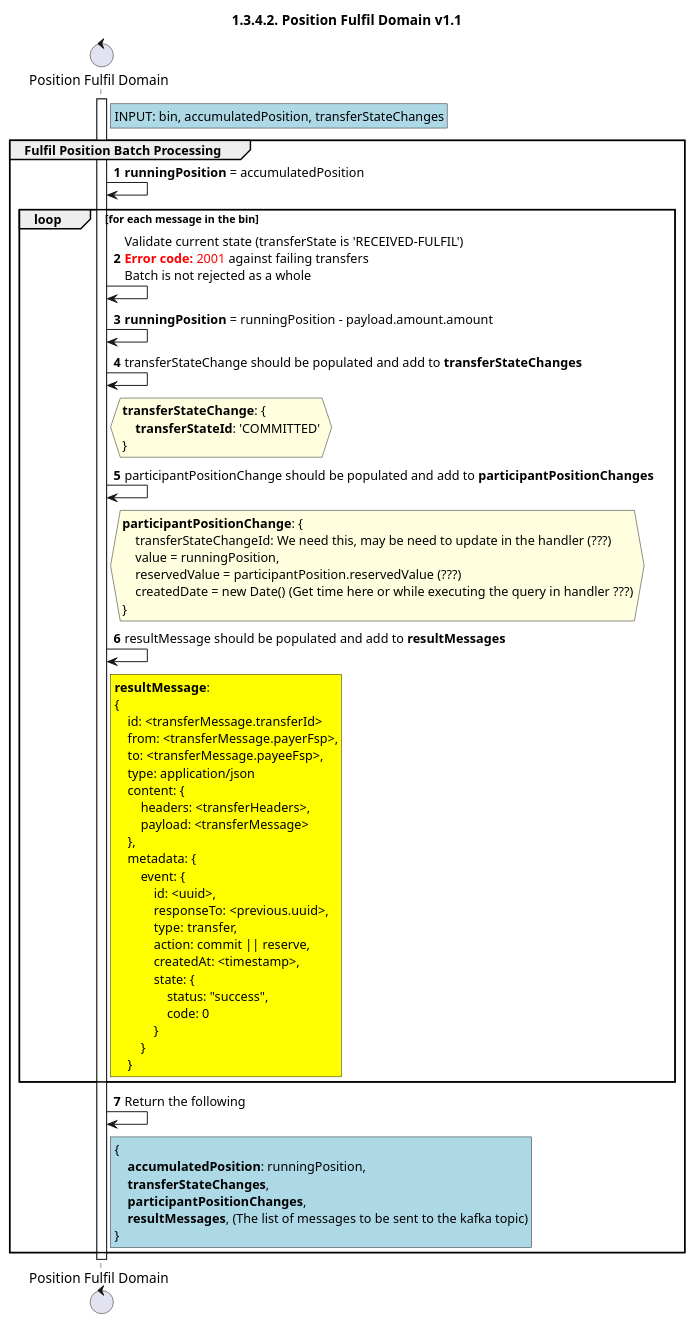
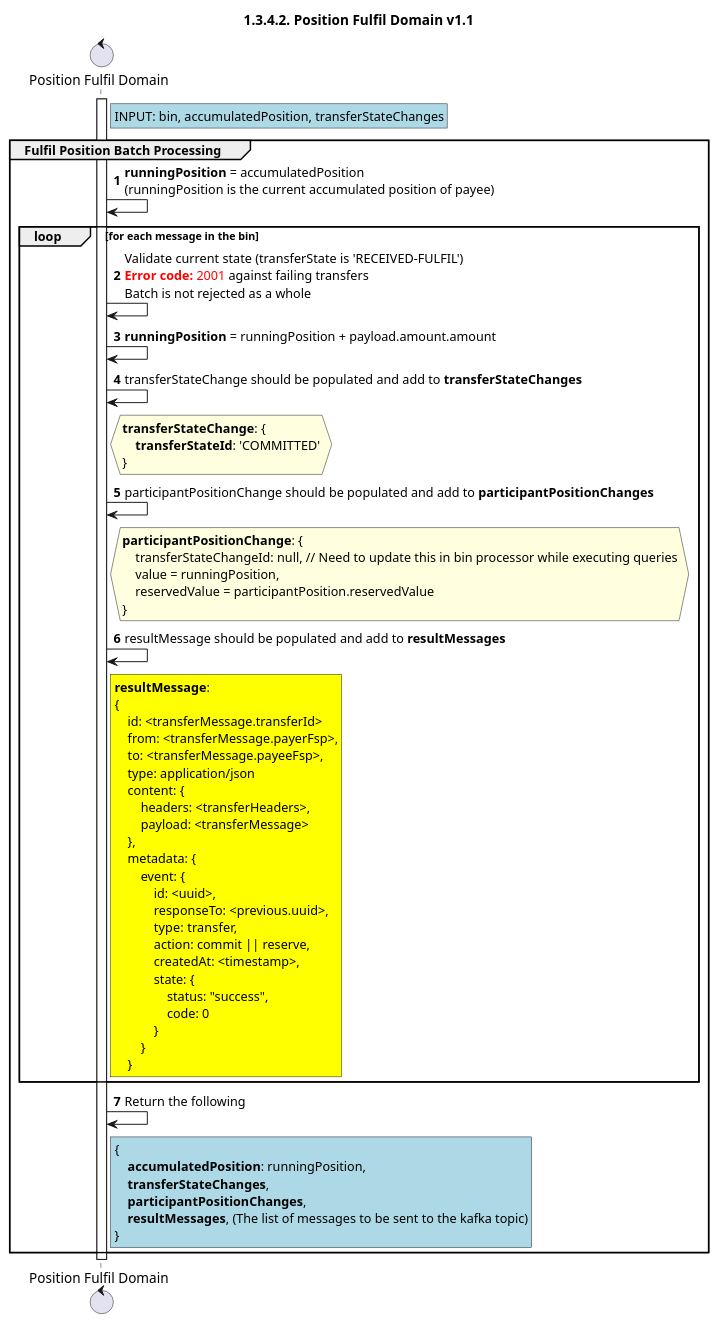
The diagram in docs/technical/central-ledger/assets/diagrams/sequence/seq-position-1.3.4.2-fulfil-v1.1-domain.plantuml (mojaloop/documentation), drawn with PlantUML before and after one commit. The commit also changed 9 other files, not shown here.

Commit message:
feat: refined seq diagrams

```diff
--- a/docs/technical/central-ledger/assets/diagrams/sequence/seq-position-1.3.4.2-fulfil-v1.1-domain.plantuml
+++ b/docs/technical/central-ledger/assets/diagrams/sequence/seq-position-1.3.4.2-fulfil-v1.1-domain.plantuml
@@ -28,81 +28,80 @@
 @startuml
 ' declate title
 title 1.3.4.2. Position Fulfil Domain v1.1
 
 autonumber
 
 ' Actor Keys:
 '   boundary - APIs/Interfaces, etc
 '   collections - Kafka Topics
 '   control - Kafka Consumers
 '   entity - Database Access Objects
 '   database - Database Persistence Store
 
 ' declare actors
 control "Position Fulfil Domain" as DOMAIN_POSITION_FULFIL
 
 
 ' start flow
 activate DOMAIN_POSITION_FULFIL
 rnote right of DOMAIN_POSITION_FULFIL #lightblue
     INPUT: bin, accumulatedPosition, transferStateChanges
 end note
 group Fulfil Position Batch Processing
-    DOMAIN_POSITION_FULFIL -> DOMAIN_POSITION_FULFIL: **runningPosition** = accumulatedPosition
+    DOMAIN_POSITION_FULFIL -> DOMAIN_POSITION_FULFIL: **runningPosition** = accumulatedPosition\n(runningPosition is the current accumulated position of payee)
     loop for each message in the bin
         DOMAIN_POSITION_FULFIL -> DOMAIN_POSITION_FULFIL: Validate current state (transferState is 'RECEIVED-FULFIL')\n<color #FF0000><b>Error code:</b> 2001</color> against failing transfers\nBatch is not rejected as a whole
-        DOMAIN_POSITION_FULFIL -> DOMAIN_POSITION_FULFIL: **runningPosition** = runningPosition - payload.amount.amount
+        DOMAIN_POSITION_FULFIL -> DOMAIN_POSITION_FULFIL: **runningPosition** = runningPosition + payload.amount.amount
         DOMAIN_POSITION_FULFIL -> DOMAIN_POSITION_FULFIL: transferStateChange should be populated and add to **transferStateChanges**
         hnote right of DOMAIN_POSITION_FULFIL #lightyellow
             **transferStateChange**: {
                 **transferStateId**: 'COMMITTED'
             }
         end note
         DOMAIN_POSITION_FULFIL -> DOMAIN_POSITION_FULFIL: participantPositionChange should be populated and add to **participantPositionChanges**
         hnote right of DOMAIN_POSITION_FULFIL #lightyellow
             **participantPositionChange**: {
-                transferStateChangeId: We need this, may be need to update in the handler (???)
+                transferStateChangeId: null, // Need to update this in bin processor while executing queries
                 value = runningPosition,
-                reservedValue = participantPosition.reservedValue (???)
-                createdDate = new Date() (Get time here or while executing the query in handler ???)
+                reservedValue = participantPosition.reservedValue
             }
         end note
         DOMAIN_POSITION_FULFIL -> DOMAIN_POSITION_FULFIL: resultMessage should be populated and add to **resultMessages**
         rnote right of DOMAIN_POSITION_FULFIL #yellow
             **resultMessage**:
             {
                 id: <transferMessage.transferId>
                 from: <transferMessage.payerFsp>,
                 to: <transferMessage.payeeFsp>,
                 type: application/json
                 content: {
                     headers: <transferHeaders>,
                     payload: <transferMessage>
                 },
                 metadata: {
                     event: {
                         id: <uuid>,
                         responseTo: <previous.uuid>,
                         type: transfer,
                         action: commit || reserve,
                         createdAt: <timestamp>,
                         state: {
                             status: "success",
                             code: 0
                         }
                     }
                 }
             end note
     end
     DOMAIN_POSITION_FULFIL -> DOMAIN_POSITION_FULFIL: Return the following
     rnote right of DOMAIN_POSITION_FULFIL #lightblue
     {
         **accumulatedPosition**: runningPosition,
         **transferStateChanges**,
         **participantPositionChanges**,
         **resultMessages**, (The list of messages to be sent to the kafka topic)
     }
     end note
 end
 deactivate DOMAIN_POSITION_FULFIL
 @enduml
```
